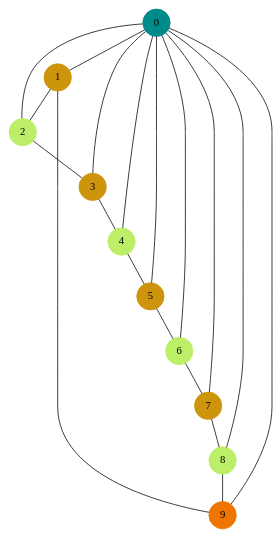
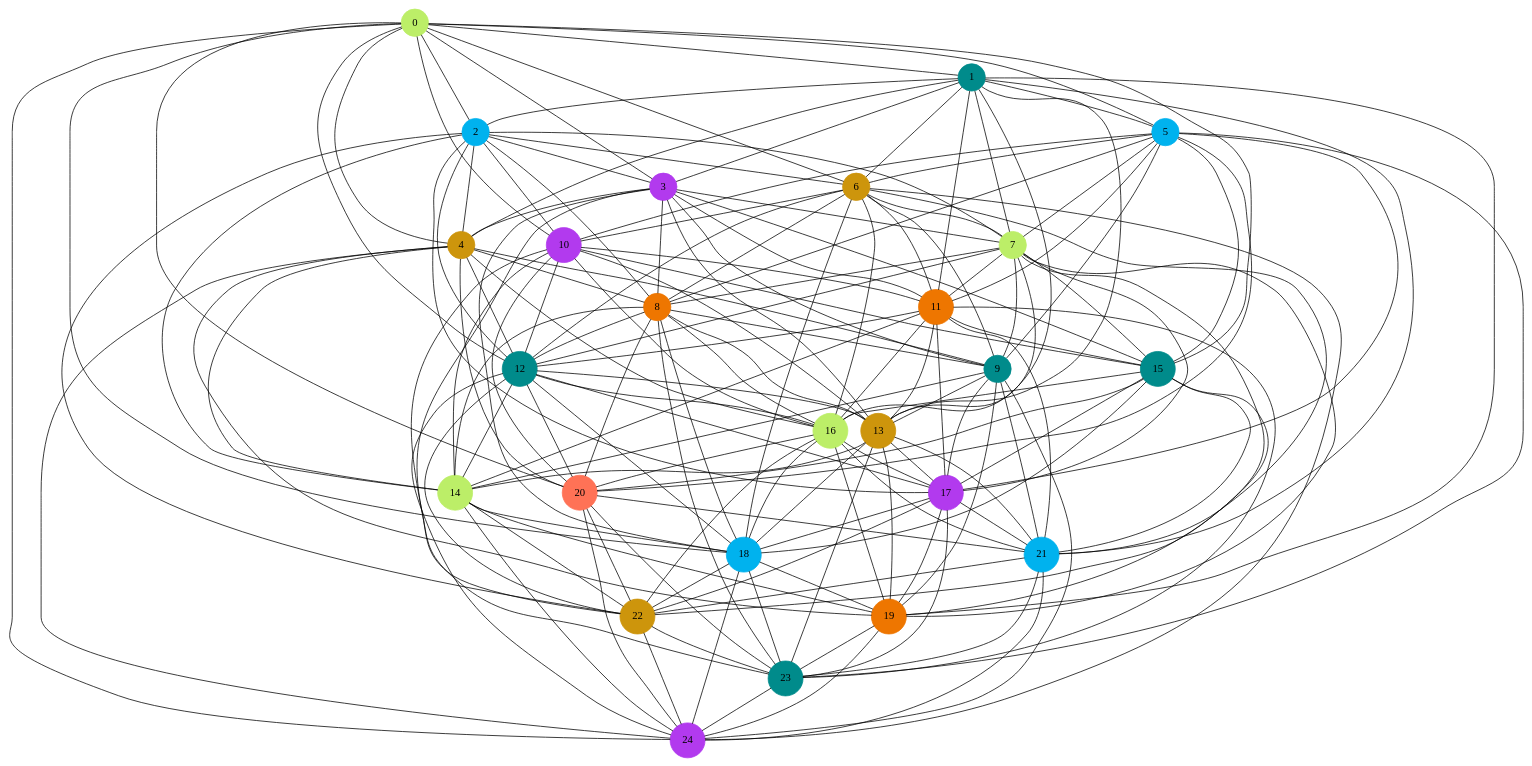
One commit to LeaChemoul/ColorationGraphesProjet changed the diagram in graph/graph_wp_decroiss.dot. Above: the diagram before and after it, drawn with Graphviz. The commit also changed 40 other files, not shown here.

```diff
--- a/graph/graph_wp_decroiss.dot
+++ b/graph/graph_wp_decroiss.dot
@@ -1,30 +1,187 @@
 graph G {
-0 [shape=circle, style=filled, color= cyan4];
+0 [shape=circle, style=filled, color= darkolivegreen2];
+0 -- 6;
+0 -- 12;
+0 -- 18;
+0 -- 24;
 0 -- 1;
 0 -- 2;
 0 -- 3;
 0 -- 4;
 0 -- 5;
-0 -- 6;
-0 -- 7;
-0 -- 8;
-0 -- 9;
-1 [shape=circle, style=filled, color= darkgoldenrod3];
+0 -- 10;
+0 -- 15;
+0 -- 20;
+1 [shape=circle, style=filled, color= cyan4];
+1 -- 7;
+1 -- 13;
+1 -- 19;
+1 -- 5;
 1 -- 2;
-1 -- 9;
-2 [shape=circle, style=filled, color= darkolivegreen2];
+1 -- 3;
+1 -- 4;
+1 -- 6;
+1 -- 11;
+1 -- 16;
+1 -- 21;
+2 [shape=circle, style=filled, color= deepskyblue2];
+2 -- 8;
+2 -- 14;
+2 -- 6;
+2 -- 10;
 2 -- 3;
-3 [shape=circle, style=filled, color= darkgoldenrod3];
+2 -- 4;
+2 -- 7;
+2 -- 12;
+2 -- 17;
+2 -- 22;
+3 [shape=circle, style=filled, color= darkorchid2];
+3 -- 9;
+3 -- 7;
+3 -- 11;
+3 -- 15;
 3 -- 4;
-4 [shape=circle, style=filled, color= darkolivegreen2];
-4 -- 5;
-5 [shape=circle, style=filled, color= darkgoldenrod3];
+3 -- 8;
+3 -- 13;
+3 -- 18;
+3 -- 23;
+4 [shape=circle, style=filled, color= darkgoldenrod3];
+4 -- 8;
+4 -- 12;
+4 -- 16;
+4 -- 20;
+4 -- 9;
+4 -- 14;
+4 -- 19;
+4 -- 24;
+5 [shape=circle, style=filled, color= deepskyblue2];
+5 -- 11;
+5 -- 17;
+5 -- 23;
 5 -- 6;
-6 [shape=circle, style=filled, color= darkolivegreen2];
+5 -- 7;
+5 -- 8;
+5 -- 9;
+5 -- 10;
+5 -- 15;
+5 -- 20;
+6 [shape=circle, style=filled, color= darkgoldenrod3];
+6 -- 12;
+6 -- 18;
+6 -- 24;
+6 -- 10;
 6 -- 7;
-7 [shape=circle, style=filled, color= darkgoldenrod3];
+6 -- 8;
+6 -- 9;
+6 -- 11;
+6 -- 16;
+6 -- 21;
+7 [shape=circle, style=filled, color= darkolivegreen2];
+7 -- 13;
+7 -- 19;
+7 -- 11;
+7 -- 15;
 7 -- 8;
-8 [shape=circle, style=filled, color= darkolivegreen2];
+7 -- 9;
+7 -- 12;
+7 -- 17;
+7 -- 22;
+8 [shape=circle, style=filled, color= darkorange2];
+8 -- 14;
+8 -- 12;
+8 -- 16;
+8 -- 20;
 8 -- 9;
-9 [shape=circle, style=filled, color= darkorange2];
+8 -- 13;
+8 -- 18;
+8 -- 23;
+9 [shape=circle, style=filled, color= cyan4];
+9 -- 13;
+9 -- 17;
+9 -- 21;
+9 -- 14;
+9 -- 19;
+9 -- 24;
+10 [shape=circle, style=filled, color= darkorchid2];
+10 -- 16;
+10 -- 22;
+10 -- 11;
+10 -- 12;
+10 -- 13;
+10 -- 14;
+10 -- 15;
+10 -- 20;
+11 [shape=circle, style=filled, color= darkorange2];
+11 -- 17;
+11 -- 23;
+11 -- 15;
+11 -- 12;
+11 -- 13;
+11 -- 14;
+11 -- 16;
+11 -- 21;
+12 [shape=circle, style=filled, color= cyan4];
+12 -- 18;
+12 -- 24;
+12 -- 16;
+12 -- 20;
+12 -- 13;
+12 -- 14;
+12 -- 17;
+12 -- 22;
+13 [shape=circle, style=filled, color= darkgoldenrod3];
+13 -- 19;
+13 -- 17;
+13 -- 21;
+13 -- 14;
+13 -- 18;
+13 -- 23;
+14 [shape=circle, style=filled, color= darkolivegreen2];
+14 -- 18;
+14 -- 22;
+14 -- 19;
+14 -- 24;
+15 [shape=circle, style=filled, color= cyan4];
+15 -- 21;
+15 -- 16;
+15 -- 17;
+15 -- 18;
+15 -- 19;
+15 -- 20;
+16 [shape=circle, style=filled, color= darkolivegreen2];
+16 -- 22;
+16 -- 20;
+16 -- 17;
+16 -- 18;
+16 -- 19;
+16 -- 21;
+17 [shape=circle, style=filled, color= darkorchid2];
+17 -- 23;
+17 -- 21;
+17 -- 18;
+17 -- 19;
+17 -- 22;
+18 [shape=circle, style=filled, color= deepskyblue2];
+18 -- 24;
+18 -- 22;
+18 -- 19;
+18 -- 23;
+19 [shape=circle, style=filled, color= darkorange2];
+19 -- 23;
+19 -- 24;
+20 [shape=circle, style=filled, color= coral1];
+20 -- 21;
+20 -- 22;
+20 -- 23;
+20 -- 24;
+21 [shape=circle, style=filled, color= deepskyblue2];
+21 -- 22;
+21 -- 23;
+21 -- 24;
+22 [shape=circle, style=filled, color= darkgoldenrod3];
+22 -- 23;
+22 -- 24;
+23 [shape=circle, style=filled, color= cyan4];
+23 -- 24;
+24 [shape=circle, style=filled, color= darkorchid2];
 }
```
